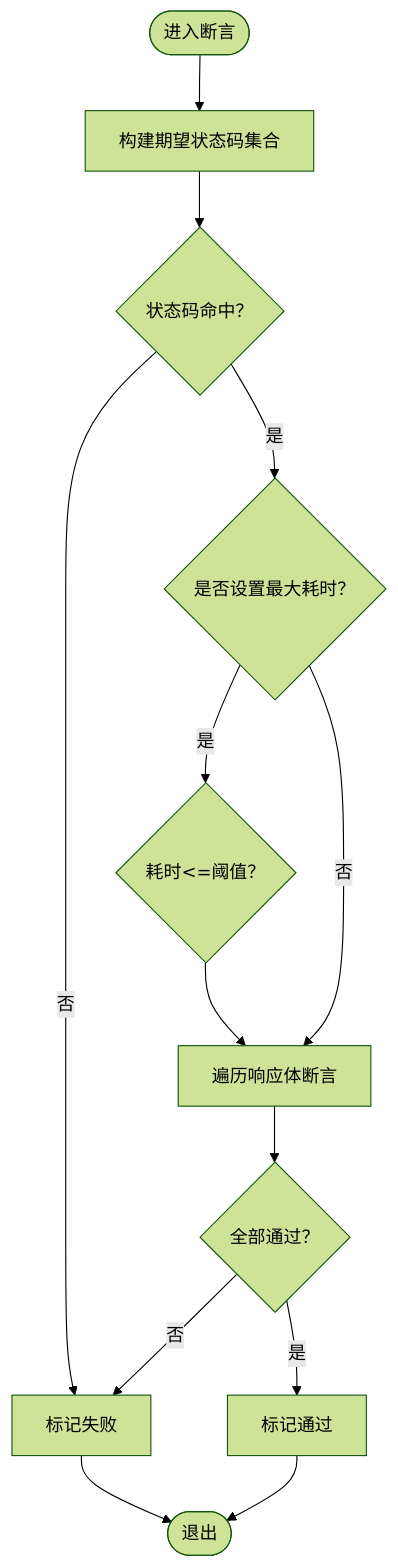
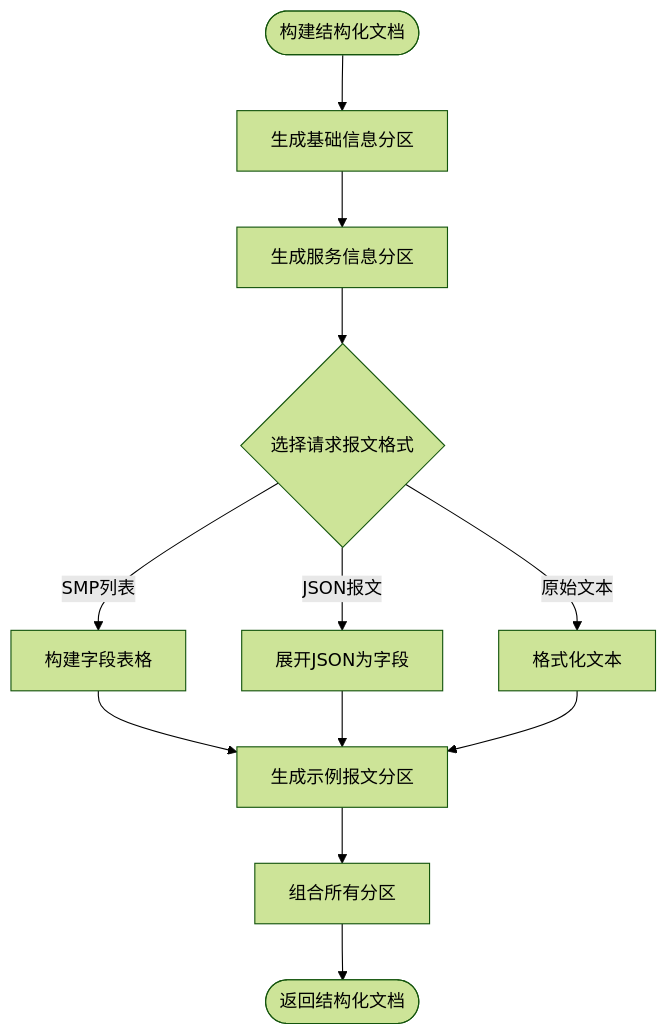
Before and after one commit to Lichhu/caseForge: the fourth of 8 diagrams in .qoder/repowiki/zh/content/核心功能模块/API 测试模块.md, drawn with Mermaid (forest theme). The commit also changed other lines of this file and 8 other files, not shown here.

````diff
--- a/.qoder/repowiki/zh/content/核心功能模块/API 测试模块.md
+++ b/.qoder/repowiki/zh/content/核心功能模块/API 测试模块.md
@@ -505,14 +280,14 @@
 ```mermaid
 flowchart TD
-Enter(["进入断言"]) --> BuildCodes["构建期望状态码集合"]
-BuildCodes --> StatusOK{"状态码命中？"}
-StatusOK --> |否| Fail["标记失败"]
-StatusOK --> |是| DurationChk{"是否设置最大耗时？"}
-DurationChk --> |是| DurPass{"耗时<=阈值？"} --> BodyChk
-DurationChk --> |否| BodyChk["遍历响应体断言"]
-BodyChk --> BodyPass{"全部通过？"}
-BodyPass --> |是| Pass["标记通过"]
-BodyPass --> |否| Fail
-Fail --> Exit(["退出"])
-Pass --> Exit
+Start(["构建结构化文档"]) --> BasicInfo["生成基础信息分区"]
+BasicInfo --> ServiceInfo["生成服务信息分区"]
+ServiceInfo --> RequestBody{"选择请求报文格式"}
+RequestBody --> |SMP列表| BuildFieldTable["构建字段表格"]
+RequestBody --> |JSON报文| FlattenJson["展开JSON为字段"]
+RequestBody --> |原始文本| FormatText["格式化文本"]
+BuildFieldTable --> ExampleMsg["生成示例报文分区"]
+FlattenJson --> ExampleMsg
+FormatText --> ExampleMsg
+ExampleMsg --> Combine["组合所有分区"]
+Combine --> End(["返回结构化文档"])
 ```
````
